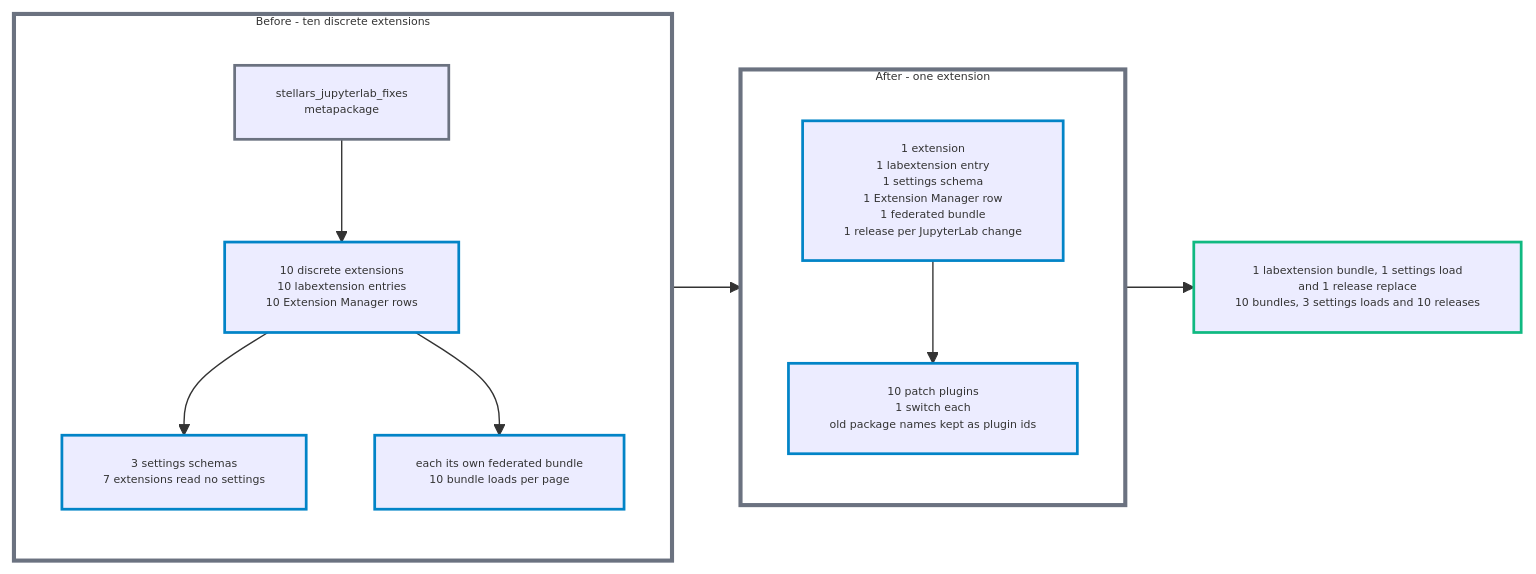
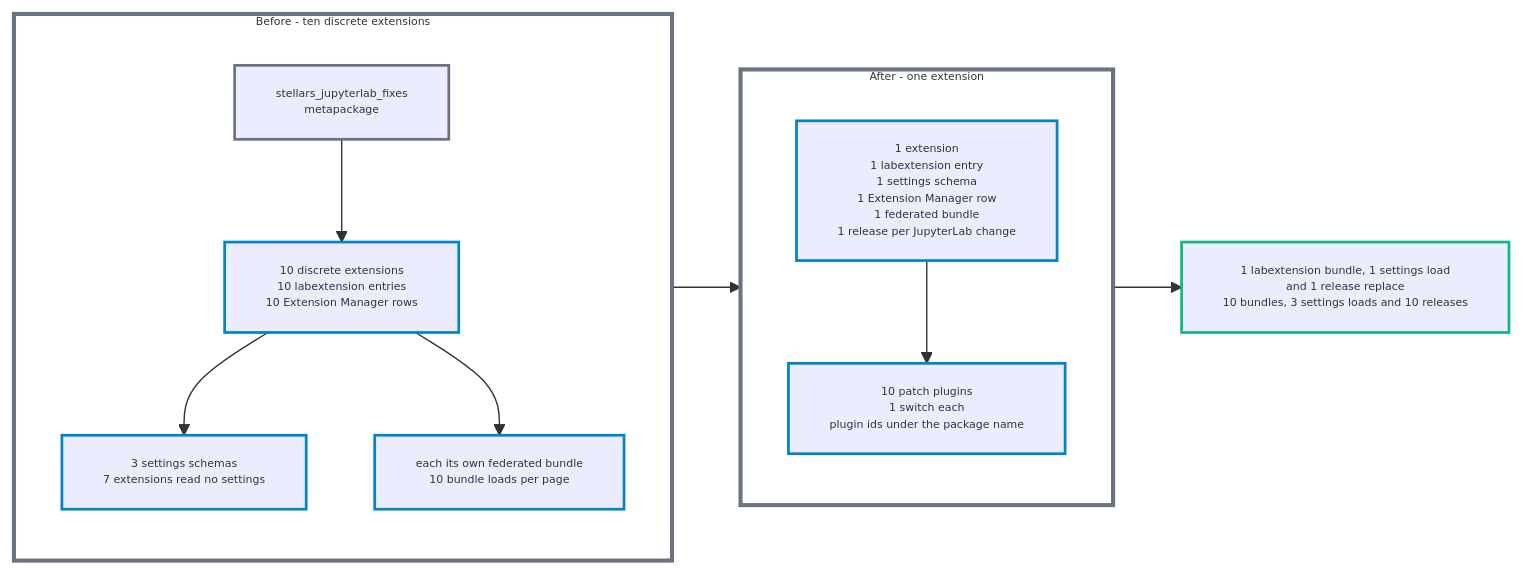
Before and after one commit to stellarshenson/jupyterlab_core_patches_extension: the diagram in README.md, drawn with Mermaid. The commit also changed 40 other files, not shown here.

````diff
--- a/README.md
+++ b/README.md
@@ -44,27 +44,27 @@
 ```mermaid
 %%{init: {'themeVariables': {'fontSize': '8px'}, 'themeCSS': '.cluster-label span, .cluster-label text, .edgeLabel span {color:var(--jp-ui-font-color1, var(--vscode-editor-foreground, var(--fgColor-default, #1f2937))); fill:var(--jp-ui-font-color1, var(--vscode-editor-foreground, var(--fgColor-default, #1f2937)))} @media (prefers-color-scheme: dark){.cluster-label span, .cluster-label text, .edgeLabel span {color:var(--jp-ui-font-color1, var(--vscode-editor-foreground, var(--fgColor-default, #e5e7eb))); fill:var(--jp-ui-font-color1, var(--vscode-editor-foreground, var(--fgColor-default, #e5e7eb)))}}'}}%%
 flowchart LR
     subgraph OLD["Before - ten discrete extensions"]
         direction TB
         META[stellars_jupyterlab_fixes<br/>metapackage]:::infra
         TEN[10 discrete extensions<br/>10 labextension entries<br/>10 Extension Manager rows]:::ui
         SCH[3 settings schemas<br/>7 extensions read no settings]:::ui
         BUN[each its own federated bundle<br/>10 bundle loads per page]:::ui
         META --> TEN
         TEN --> SCH
         TEN --> BUN
     end
     subgraph NEW["After - one extension"]
         direction TB
         ONE[1 extension<br/>1 labextension entry<br/>1 settings schema<br/>1 Extension Manager row<br/>1 federated bundle<br/>1 release per JupyterLab change]:::ui
-        PLUG[10 patch plugins<br/>1 switch each<br/>old package names kept as plugin ids]:::ui
+        PLUG[10 patch plugins<br/>1 switch each<br/>plugin ids under the package name]:::ui
         ONE --> PLUG
     end
     TEN --> ONE
     ONE --> GAIN[1 labextension bundle, 1 settings load<br/>and 1 release replace<br/>10 bundles, 3 settings loads and 10 releases]:::done
     classDef infra stroke:#6b7280,stroke-width:2px
     classDef ui stroke:#0284c7,stroke-width:2px
     classDef done stroke:#10b981,stroke-width:2px
     style OLD fill:none,stroke:#6b7280,stroke-width:3px
     style NEW fill:none,stroke:#6b7280,stroke-width:3px
 ```
````
